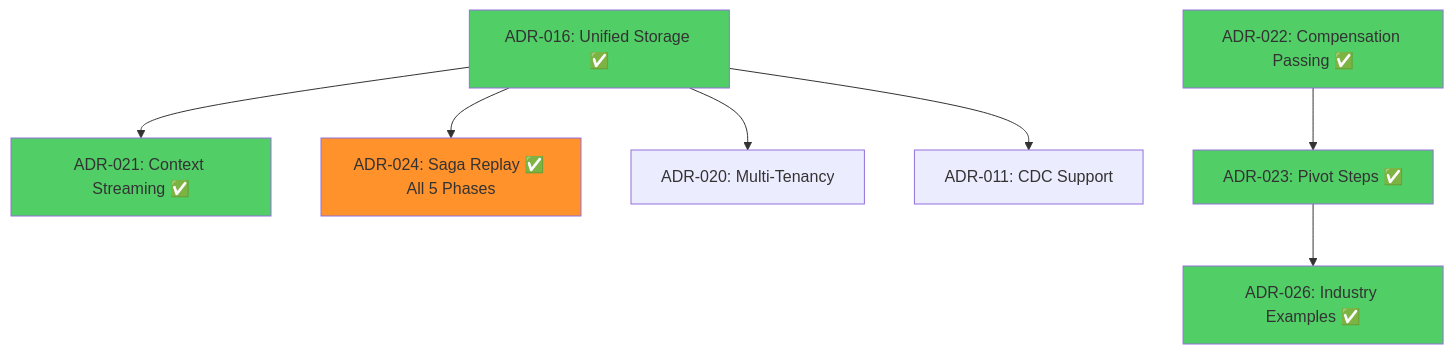
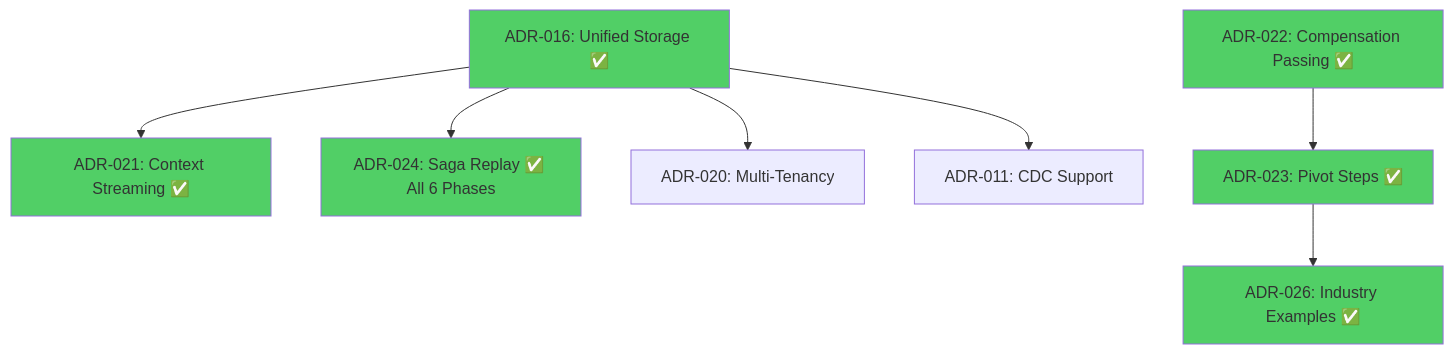
One commit to brunolnetto/sagaz changed the first of 2 diagrams in docs/architecture/adr-roadmap-dependencies.md. Above: the diagram before and after it, drawn with Mermaid. The commit also changed other lines of this file and 51 other files, not shown here.

First line of the commit message:
feat(replay): Complete Saga Replay implementation v2.1.0

````diff
--- a/docs/architecture/adr-roadmap-dependencies.md
+++ b/docs/architecture/adr-roadmap-dependencies.md
@@ -46,17 +46,17 @@
 ```mermaid
 graph TD
     ADR016[ADR-016: Unified Storage ✅] --> ADR021[ADR-021: Context Streaming ✅]
-    ADR016 --> ADR024[ADR-024: Saga Replay ✅ All 5 Phases]
+    ADR016 --> ADR024[ADR-024: Saga Replay ✅ All 6 Phases]
     ADR016 --> ADR020[ADR-020: Multi-Tenancy]
     ADR016 --> ADR011[ADR-011: CDC Support]
     
     ADR022[ADR-022: Compensation Passing ✅] --> ADR023[ADR-023: Pivot Steps ✅]
     ADR023 --> ADR026[ADR-026: Industry Examples ✅]
     
     style ADR016 fill:#51cf66
     style ADR022 fill:#51cf66
     style ADR023 fill:#51cf66
     style ADR026 fill:#51cf66
     style ADR021 fill:#51cf66
-    style ADR024 fill:#ff922b
+    style ADR024 fill:#51cf66
 ```
````
